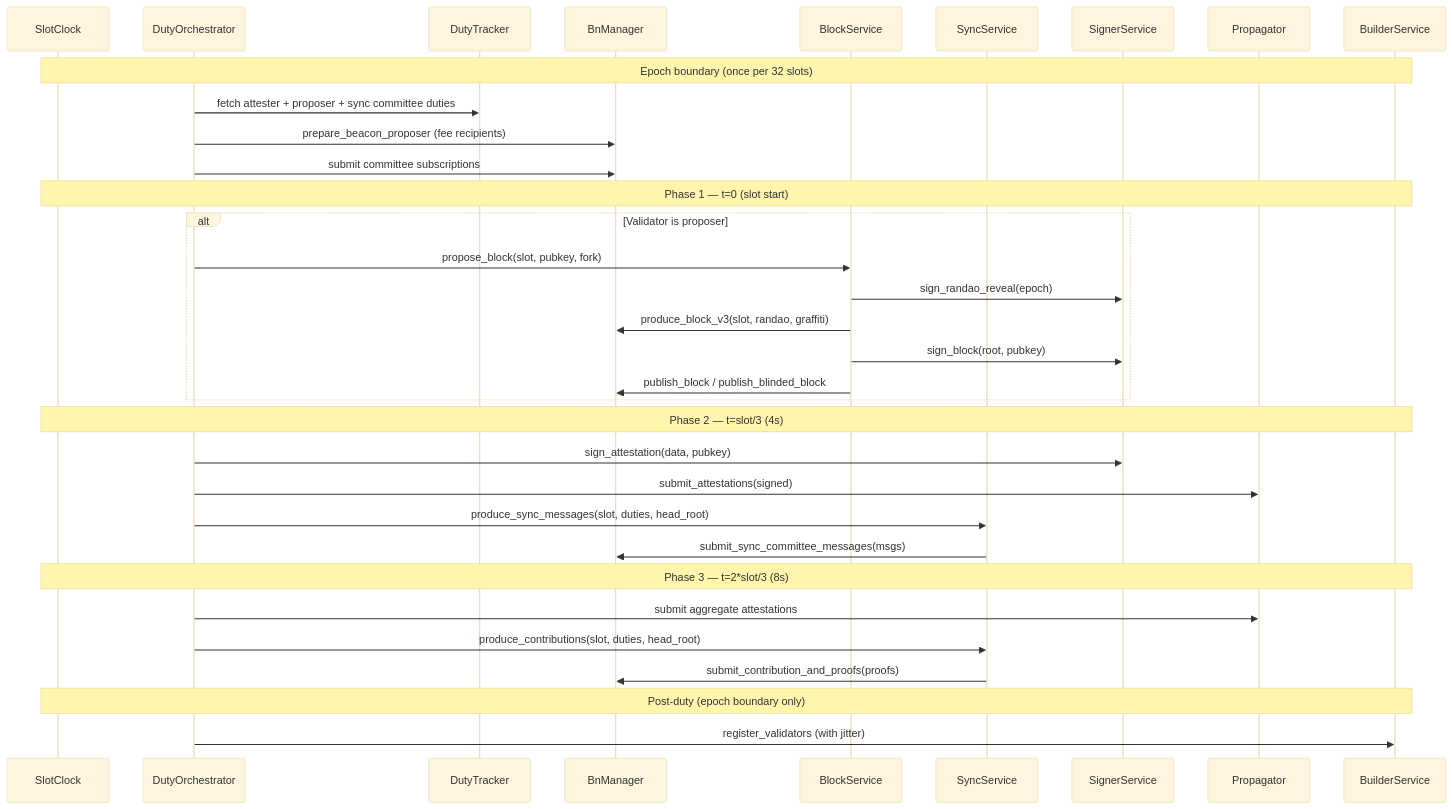
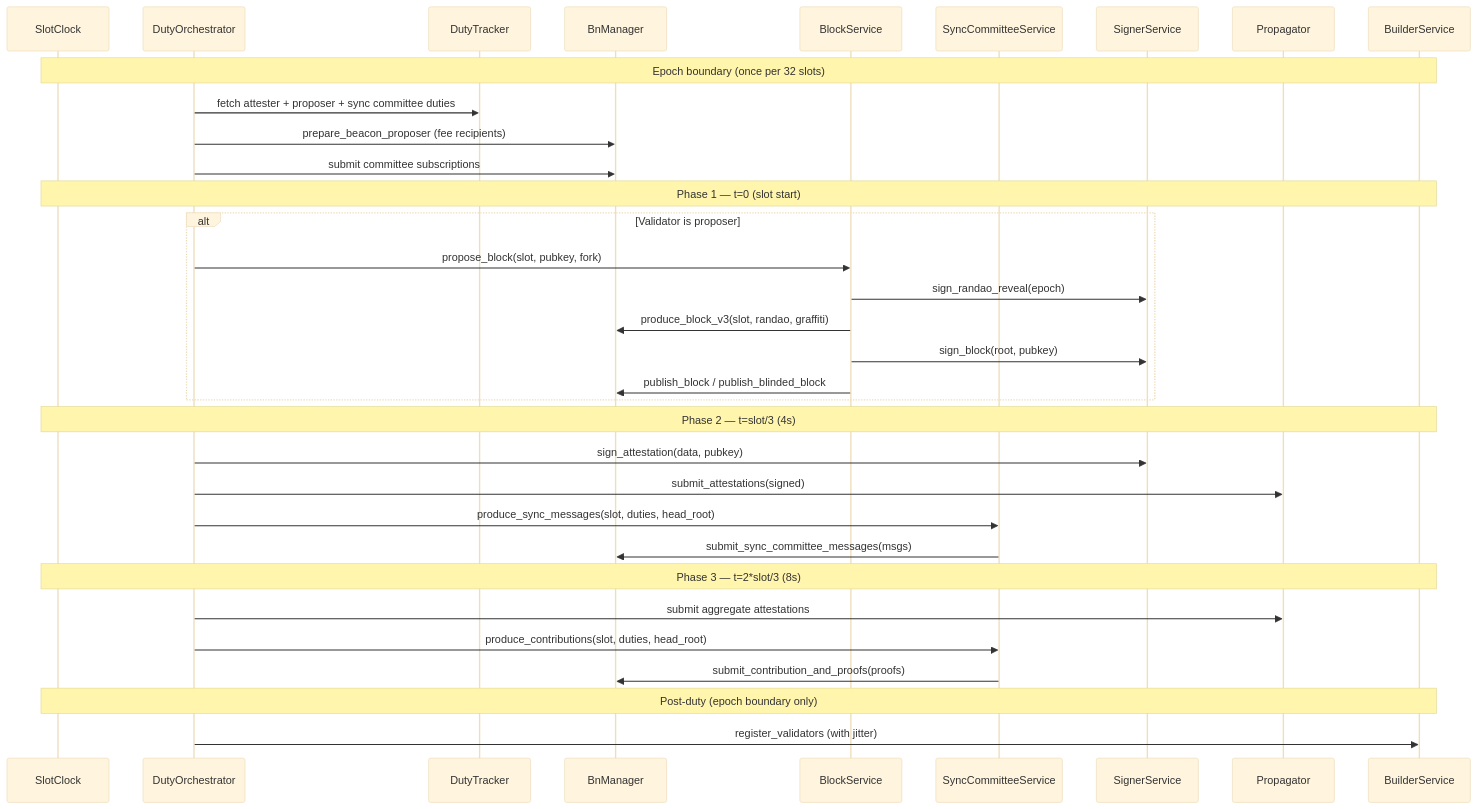
Before and after one commit to dsrvlabs/rvc: the fourth of 8 diagrams in ARCHITECTURE.md, drawn with Mermaid (base theme). The commit also changed other lines of this file and 6 other files, not shown here.

First line of the commit message:
refactor(sync-service): remove dead SyncService twin stack

````diff
--- a/ARCHITECTURE.md
+++ b/ARCHITECTURE.md
@@ -250,40 +250,40 @@
 ```mermaid
 sequenceDiagram
     participant Clock as SlotClock
     participant Orch as DutyOrchestrator
     participant DT as DutyTracker
     participant BNM as BnManager
     participant Block as BlockService
-    participant Sync as SyncService
+    participant Sync as SyncCommitteeService
     participant Signer as SignerService
     participant Prop as Propagator
     participant Builder as BuilderService
 
     Note over Clock,Builder: Epoch boundary (once per 32 slots)
     Orch->>DT: fetch attester + proposer + sync committee duties
     Orch->>BNM: prepare_beacon_proposer (fee recipients)
     Orch->>BNM: submit committee subscriptions
 
     Note over Clock,Builder: Phase 1 — t=0 (slot start)
     alt Validator is proposer
         Orch->>Block: propose_block(slot, pubkey, fork)
         Block->>Signer: sign_randao_reveal(epoch)
         Block->>BNM: produce_block_v3(slot, randao, graffiti)
         Block->>Signer: sign_block(root, pubkey)
         Block->>BNM: publish_block / publish_blinded_block
     end
 
     Note over Clock,Builder: Phase 2 — t=slot/3 (4s)
     Orch->>Signer: sign_attestation(data, pubkey)
     Orch->>Prop: submit_attestations(signed)
     Orch->>Sync: produce_sync_messages(slot, duties, head_root)
     Sync->>BNM: submit_sync_committee_messages(msgs)
 
     Note over Clock,Builder: Phase 3 — t=2*slot/3 (8s)
     Orch->>Prop: submit aggregate attestations
     Orch->>Sync: produce_contributions(slot, duties, head_root)
     Sync->>BNM: submit_contribution_and_proofs(proofs)
 
     Note over Clock,Builder: Post-duty (epoch boundary only)
     Orch->>Builder: register_validators (with jitter)
 ```
````
